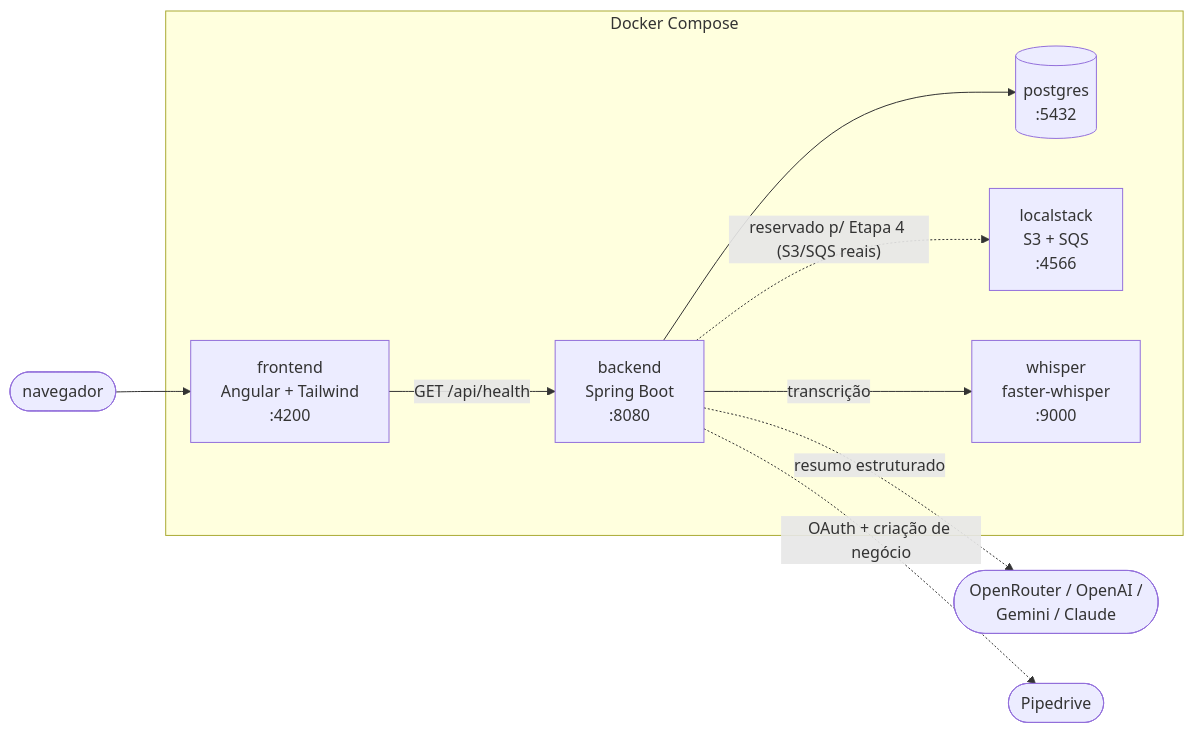
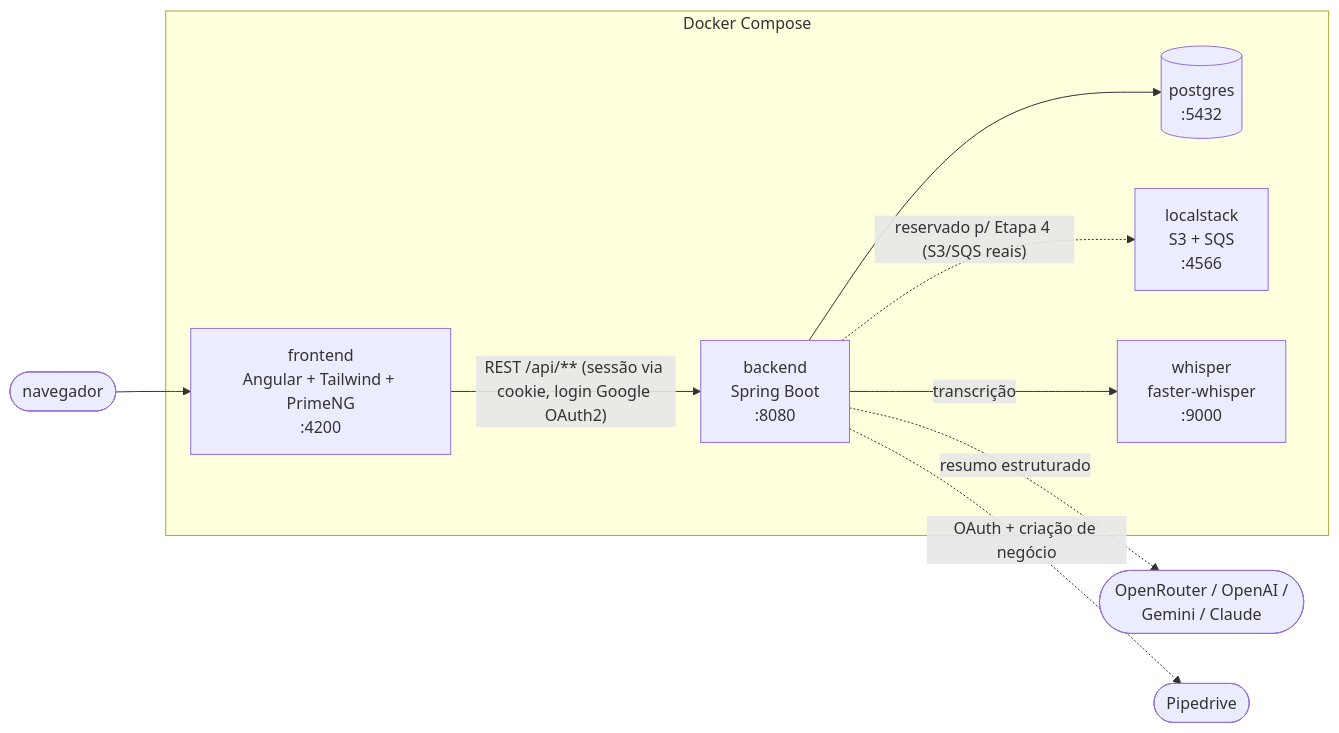
Before and after one commit to EstruttiJP/meeting-ai: the diagram in README.md, drawn with Mermaid. The commit also changed other lines of this file, not shown here.

First line of the commit message:
docs: update README for the finished frontend flow

````diff
--- a/README.md
+++ b/README.md
@@ -18,21 +20,21 @@
 ```mermaid
 flowchart LR
     subgraph Docker Compose
-        FE["frontend<br/>Angular + Tailwind<br/>:4200"]
+        FE["frontend<br/>Angular + Tailwind + PrimeNG<br/>:4200"]
         BE["backend<br/>Spring Boot<br/>:8080"]
         PG[("postgres<br/>:5432")]
         LS["localstack<br/>S3 + SQS<br/>:4566"]
         WH["whisper<br/>faster-whisper<br/>:9000"]
     end
 
     OR(["OpenRouter / OpenAI /<br/>Gemini / Claude"])
     PD(["Pipedrive"])
 
     Browser(["navegador"]) --> FE
-    FE -- "GET /api/health" --> BE
+    FE -- "REST /api/** (sessão via cookie, login Google OAuth2)" --> BE
     BE --> PG
     BE -- "transcrição" --> WH
     BE -. "resumo estruturado" .-> OR
     BE -. "OAuth + criação de negócio" .-> PD
     BE -. "reservado p/ Etapa 4 (S3/SQS reais)" .-> LS
 ```
````
